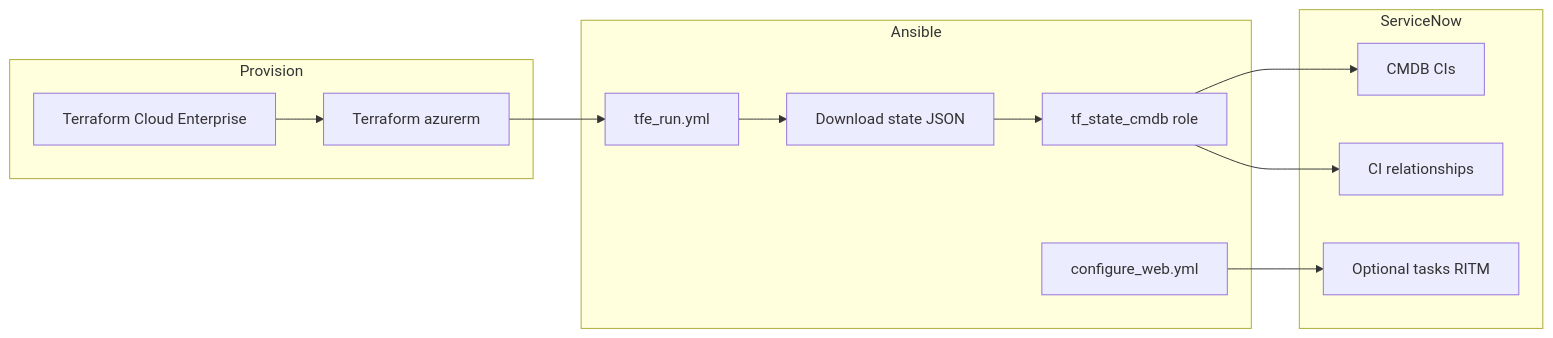
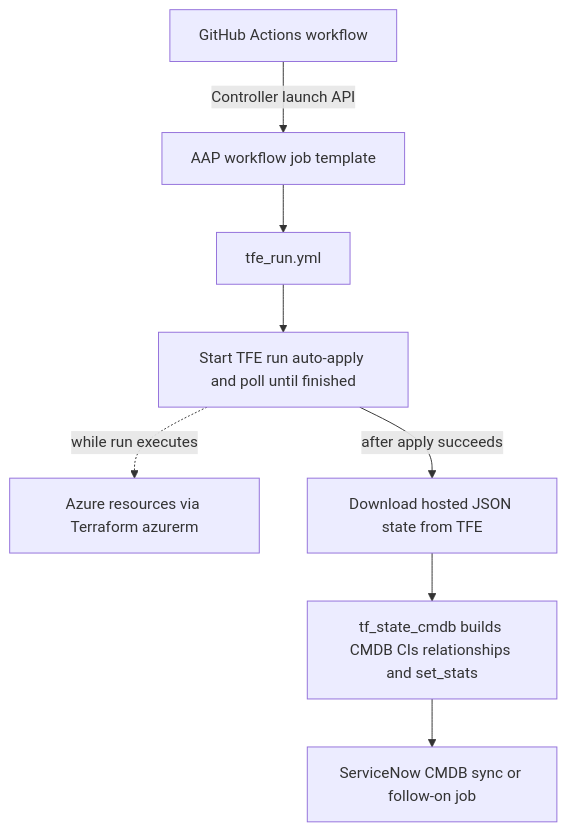
The diagram in azure_create_web_demo_tfe_aap/README.md (zjleblanc/ansible-terraform), drawn with Mermaid before and after one commit. The commit also changed other lines of this file, not shown here.

Commit message:
update diagram

````diff
--- a/azure_create_web_demo_tfe_aap/README.md
+++ b/azure_create_web_demo_tfe_aap/README.md
@@ -33,25 +33,19 @@
 ```mermaid
-flowchart LR
-  subgraph provision["Provision"]
-    TFE[Terraform Cloud Enterprise]
-    TF[Terraform azurerm]
-    TFE --> TF
-  end
-  subgraph ansible["Ansible"]
-    Run[tfe_run.yml]
-    DL[Download state JSON]
-    CMDB[tf_state_cmdb role]
-    CFG[configure_web.yml]
-    Run --> DL --> CMDB
-    CFG
-  end
-  subgraph snow["ServiceNow"]
-    CIs[CMDB CIs]
-    Rels[CI relationships]
-    ITSM[Optional tasks RITM]
-  end
-  TF --> Run
-  CMDB --> CIs
-  CMDB --> Rels
-  CFG --> ITSM
+flowchart TD
+  GHA[GitHub Actions workflow]
+  AAP[AAP workflow job template]
+  TR[tfe_run.yml]
+  WAIT[Start TFE run auto-apply and poll until finished]
+  AZ[Azure resources via Terraform azurerm]
+  DL[Download hosted JSON state from TFE]
+  MAP[tf_state_cmdb builds CMDB CIs relationships and set_stats]
+  SN[ServiceNow CMDB sync or follow-on job]
+
+  GHA -->|Controller launch API| AAP
+  AAP --> TR
+  TR --> WAIT
+  WAIT -.->|while run executes| AZ
+  WAIT -->|after apply succeeds| DL
+  DL --> MAP
+  MAP --> SN
 ```
````
